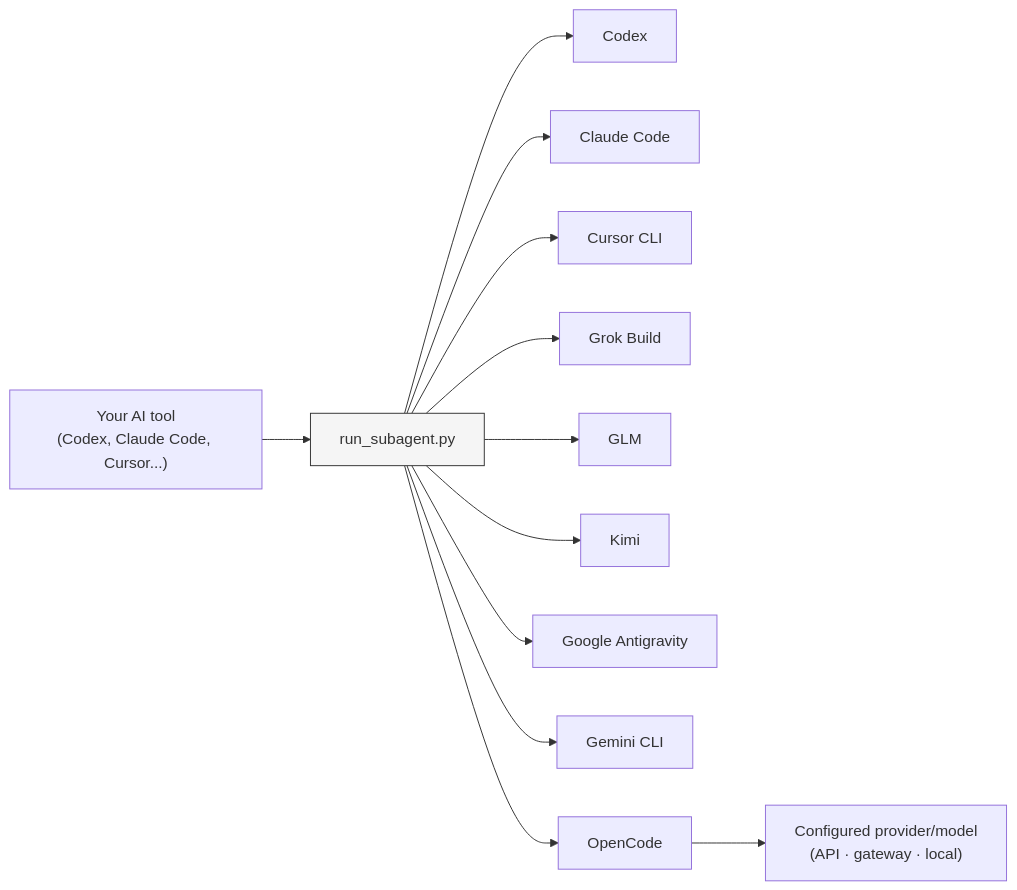
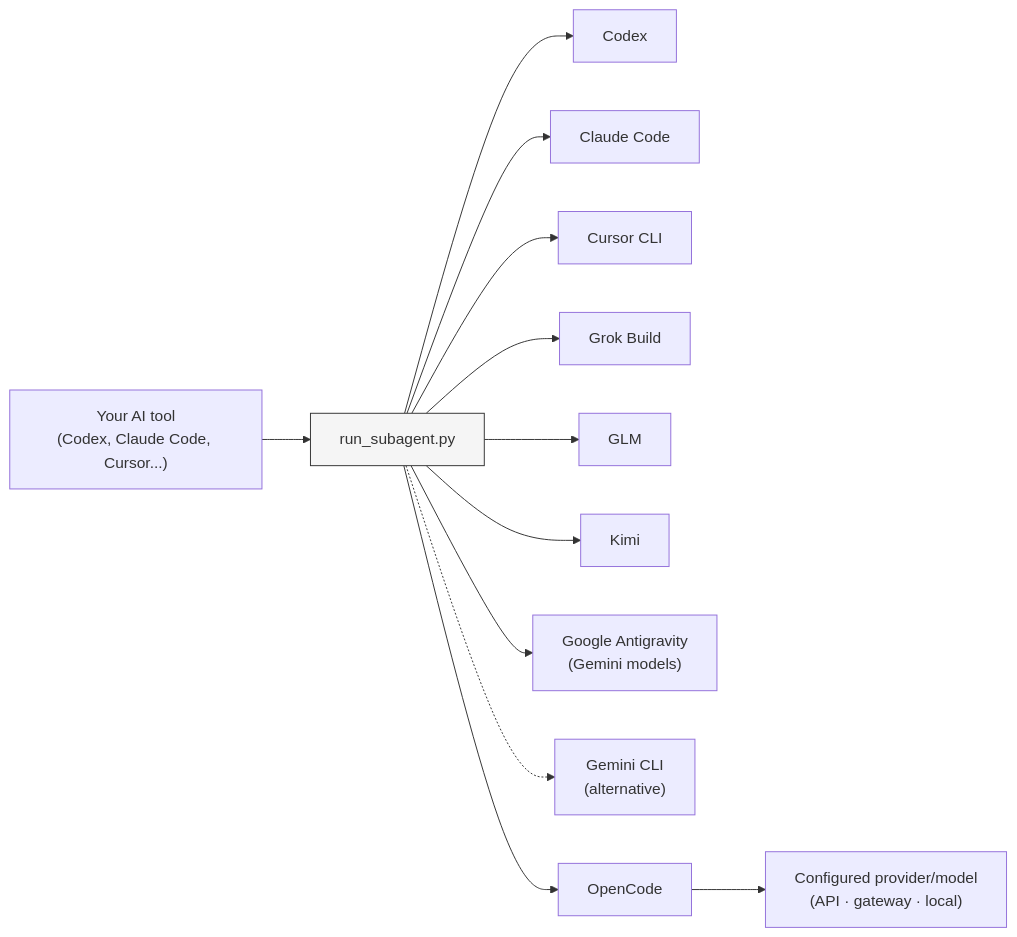
The diagram in README.md (shinpr/sub-agents-skills), drawn with Mermaid before and after one commit. The commit also changed other lines of this file, not shown here.

Commit message:
docs: prioritize Antigravity for Google models

````diff
--- a/README.md
+++ b/README.md
@@ -13,15 +13,15 @@
 ```mermaid
 graph LR
     A["Your AI tool<br/>(Codex, Claude Code, Cursor...)"] --> B["run_subagent.py"]
     B --> C["Codex"]
     B --> D["Claude Code"]
     B --> E["Cursor CLI"]
     B --> H["Grok Build"]
     B --> G["GLM"]
     B --> K["Kimi"]
-    B --> F["Google Antigravity"]
-    B --> GM["Gemini CLI"]
+    B --> F["Google Antigravity<br/>(Gemini models)"]
+    B -.-> GM["Gemini CLI<br/>(alternative)"]
     B --> I["OpenCode"]
     I --> J["Configured provider/model<br/>(API · gateway · local)"]
     style B fill:#f5f5f5,stroke:#333
 ```
````
